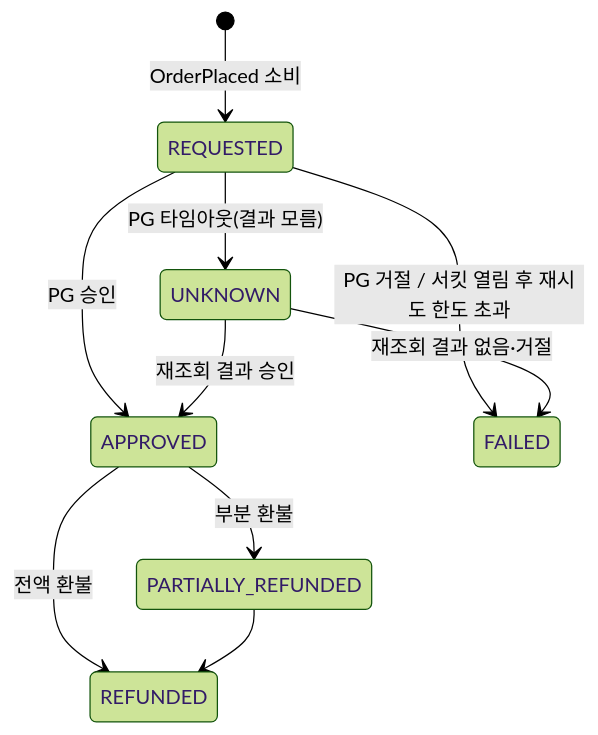
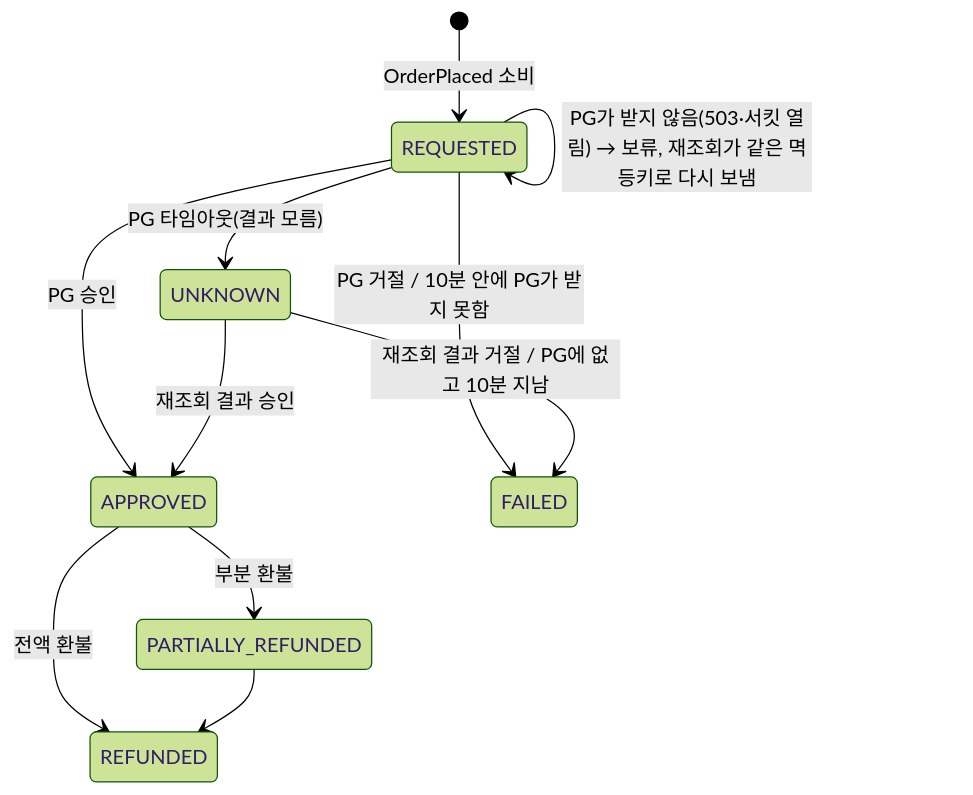
One commit to HYUNWOOL/ad-commerce-lab changed the third of 3 diagrams in docs/02-design/02-domain-model.md. Above: the diagram before and after it, drawn with Mermaid (forest theme). The commit also changed other lines of this file and 8 other files, not shown here.

````diff
--- a/docs/02-design/02-domain-model.md
+++ b/docs/02-design/02-domain-model.md
@@ -45,12 +45,13 @@
 ```mermaid
 stateDiagram-v2
   [*] --> REQUESTED: OrderPlaced 소비
+  REQUESTED --> REQUESTED: PG가 받지 않음(503·서킷 열림) → 보류, 재조회가 같은 멱등키로 다시 보냄
   REQUESTED --> APPROVED: PG 승인
-  REQUESTED --> FAILED: PG 거절 / 서킷 열림 후 재시도 한도 초과
+  REQUESTED --> FAILED: PG 거절 / 10분 안에 PG가 받지 못함
   REQUESTED --> UNKNOWN: PG 타임아웃(결과 모름)
   UNKNOWN --> APPROVED: 재조회 결과 승인
-  UNKNOWN --> FAILED: 재조회 결과 없음·거절
+  UNKNOWN --> FAILED: 재조회 결과 거절 / PG에 없고 10분 지남
   APPROVED --> PARTIALLY_REFUNDED: 부분 환불
   APPROVED --> REFUNDED: 전액 환불
   PARTIALLY_REFUNDED --> REFUNDED
 ```
````
